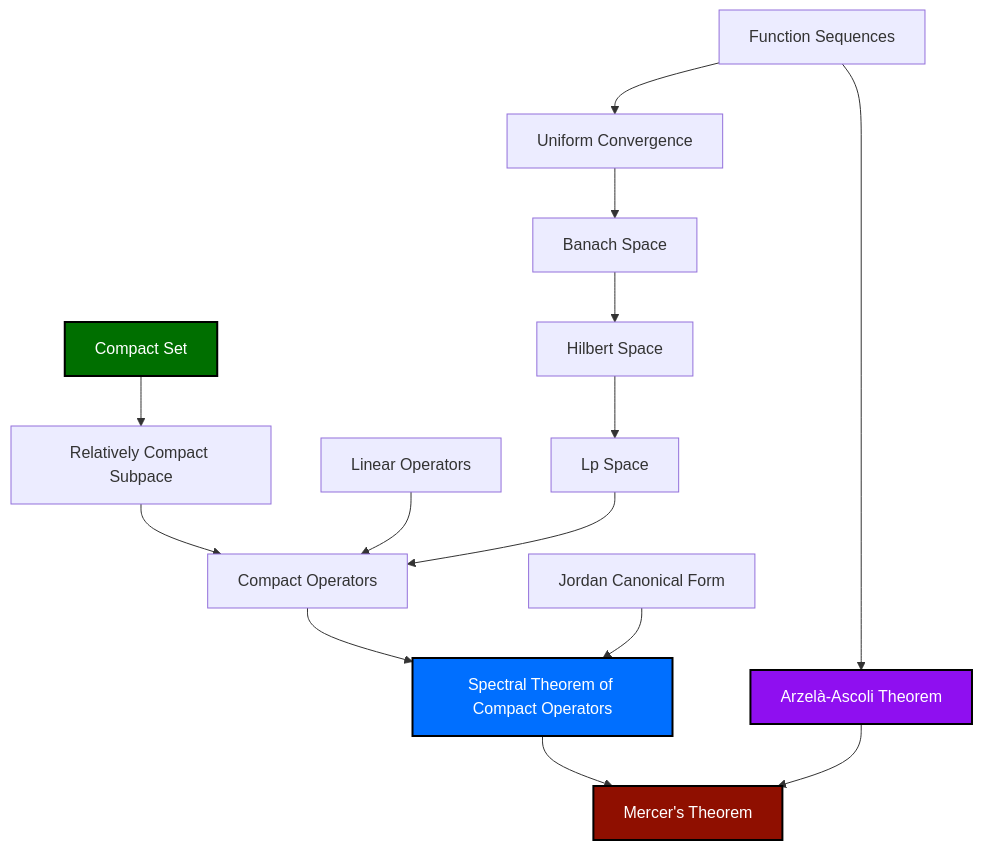
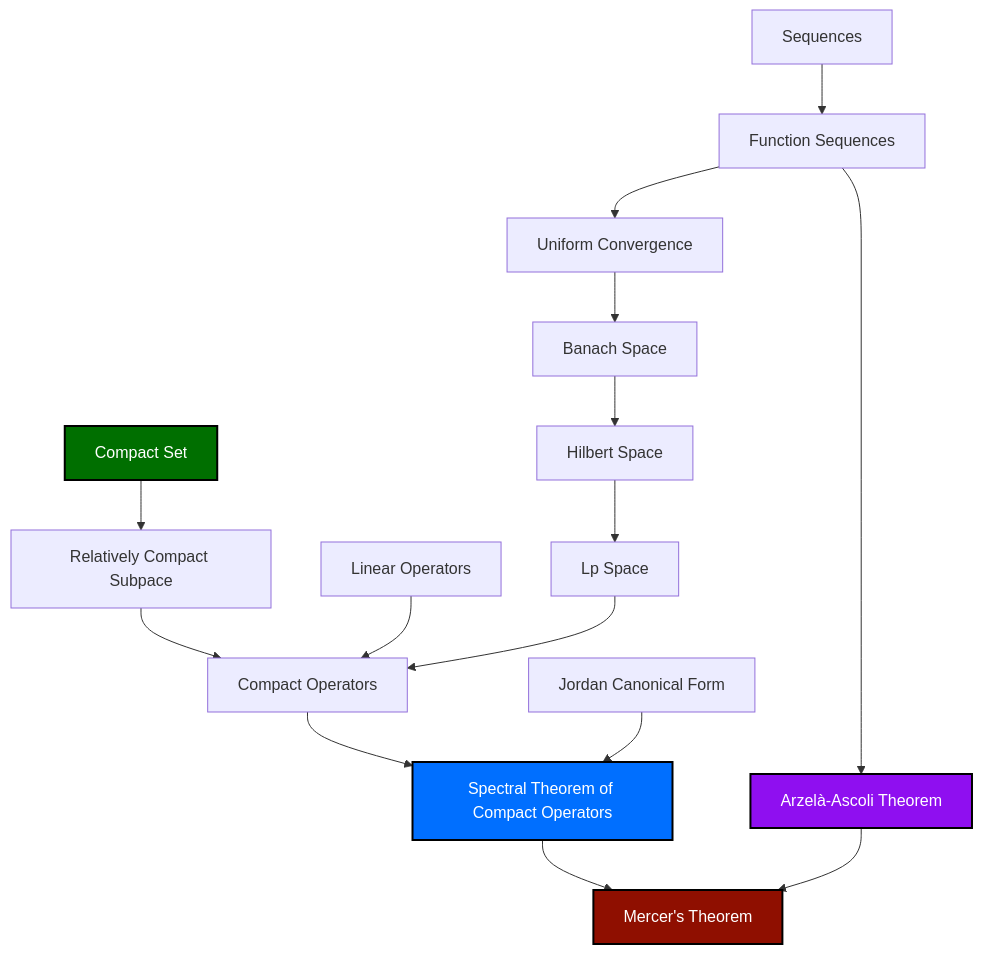
Before and after one commit to asengupta/avishek.net: the diagram in _posts/2021-09-13-kernel-functions-mercers-theorem-evaluation-functionals.md, drawn with Mermaid.

Commit message:
Small changes for Mercer Theorem post

```diff
--- a/_posts/2021-09-13-kernel-functions-mercers-theorem-evaluation-functionals.md
+++ b/_posts/2021-09-13-kernel-functions-mercers-theorem-evaluation-functionals.md
@@ -22,32 +22,33 @@
 {% mermaid %}
 graph TD;
+sequences[Sequences]
 function_sequences[Function Sequences]
 compact_set[Compact Set]
 compact_operators[Compact Operators]
 linear_operators[Linear Operators]
 uniform_convergence[Uniform Convergence]
 banach_space[Banach Space]
 hilbert_space[Hilbert Space]
 lp_space[Lp Space]
 jordan_canonical_form[Jordan Canonical Form]
 relatively_compact_subspace[Relatively Compact Subpace]
 spectral_theorem[Spectral Theorem of Compact Operators]
 arzela_ascoli_theorem[Arzelà-Ascoli Theorem]
 mercer_theorem[Mercer's Theorem]
 
-function_sequences-->uniform_convergence-->banach_space-->hilbert_space
+sequences-->function_sequences-->uniform_convergence-->banach_space-->hilbert_space
 compact_set-->relatively_compact_subspace
 relatively_compact_subspace-->compact_operators
 linear_operators-->compact_operators
 hilbert_space-->lp_space-->compact_operators
 compact_operators-->spectral_theorem
 jordan_canonical_form-->spectral_theorem
 spectral_theorem-->mercer_theorem
 function_sequences-->arzela_ascoli_theorem
 arzela_ascoli_theorem-->mercer_theorem
 
 style compact_set fill:#006f00,stroke:#000,stroke-width:2px,color:#fff
 style spectral_theorem fill:#006fff,stroke:#000,stroke-width:2px,color:#fff
 style mercer_theorem fill:#8f0f00,stroke:#000,stroke-width:2px,color:#fff
 style arzela_ascoli_theorem fill:#8f0ff0,stroke:#000,stroke-width:2px,color:#fff
 {% endmermaid %}
```
